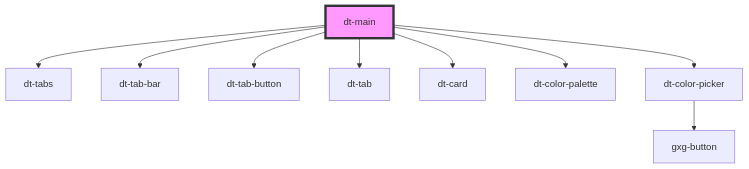
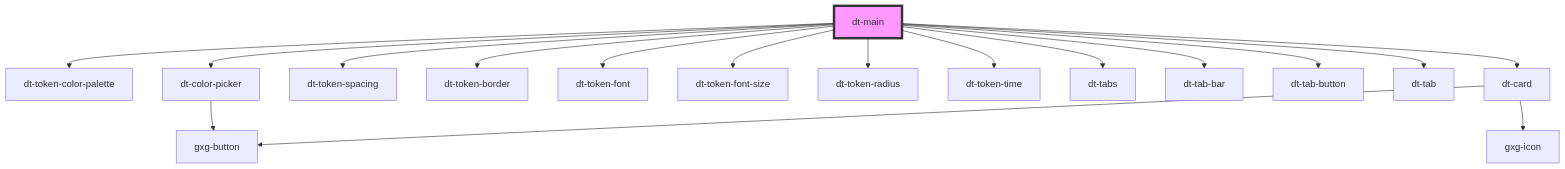
One commit to genexuslabs/design-tokens-editor changed the diagram in src/components/main/readme.md. Above: the diagram before and after it, drawn with Mermaid. The commit also changed other lines of this file and 17 other files, not shown here.

````diff
--- a/src/components/main/readme.md
+++ b/src/components/main/readme.md
@@ -28,12 +34,20 @@
 ```mermaid
 graph TD;
+  dt-main --> dt-token-color-palette
+  dt-main --> dt-color-picker
+  dt-main --> dt-token-spacing
+  dt-main --> dt-token-border
+  dt-main --> dt-token-font
+  dt-main --> dt-token-font-size
+  dt-main --> dt-token-radius
+  dt-main --> dt-token-time
   dt-main --> dt-tabs
   dt-main --> dt-tab-bar
   dt-main --> dt-tab-button
   dt-main --> dt-tab
   dt-main --> dt-card
-  dt-main --> dt-color-palette
-  dt-main --> dt-color-picker
   dt-color-picker --> gxg-button
+  dt-card --> gxg-button
+  dt-card --> gxg-icon
   style dt-main fill:#f9f,stroke:#333,stroke-width:4px
 ```
````
